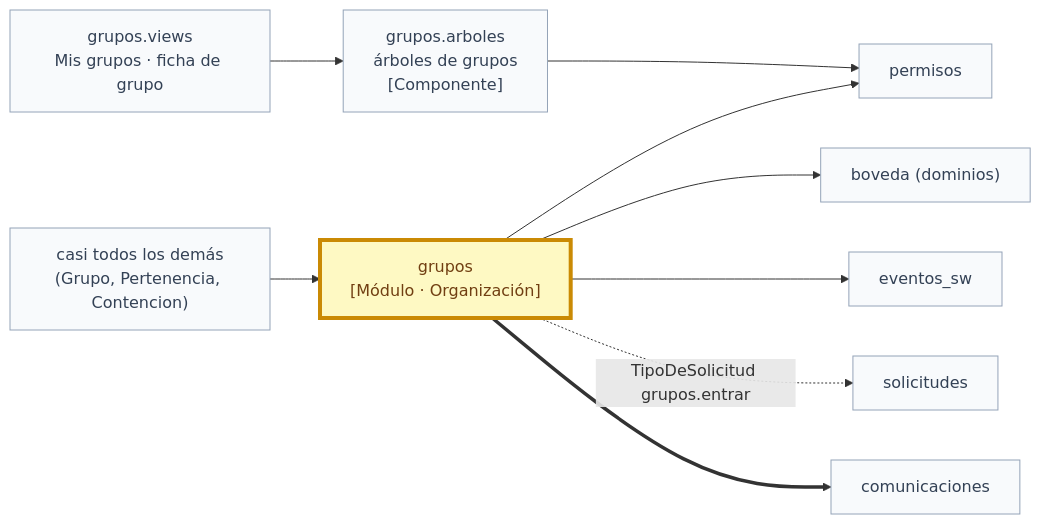
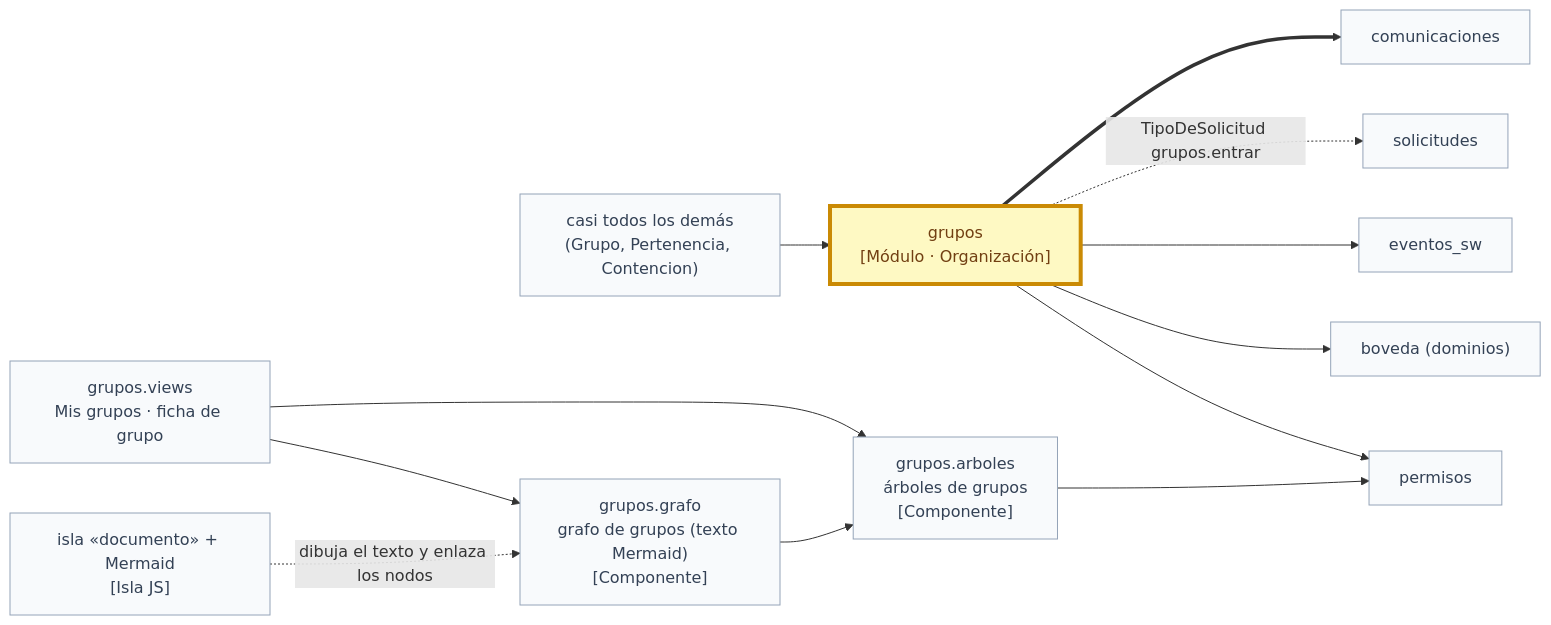
Diagram 11 of 34 in docs/arquitectura.md (chemabc/groupy), drawn with Mermaid before and after one commit. The commit also changed 14 other files, not shown here.

First line of the commit message:
Grafo de grupos: versión sencilla con Mermaid y nodos que se pulsan

````diff
--- a/docs/arquitectura.md
+++ b/docs/arquitectura.md
@@ -394,22 +394,27 @@
 ```mermaid
 flowchart LR
   classDef yo fill:#fef9c3,stroke:#ca8a04,stroke-width:4px,color:#713f12
   classDef otro fill:#f8fafc,stroke:#94a3b8,color:#334155
   gru["grupos<br/>[Módulo · Organización]"]:::yo
   per["permisos"]:::otro
   bov["boveda (dominios)"]:::otro
   esw["eventos_sw"]:::otro
   sol["solicitudes"]:::otro
   com["comunicaciones"]:::otro
   casi["casi todos los demás<br/>(Grupo, Pertenencia, Contencion)"]:::otro
   arb["grupos.arboles<br/>árboles de grupos<br/>[Componente]"]:::otro
+  graf["grupos.grafo<br/>grafo de grupos (texto Mermaid)<br/>[Componente]"]:::otro
+  doc["isla «documento» + Mermaid<br/>[Isla JS]"]:::otro
+  graf --> arb
+  vis --> graf
+  doc -. "dibuja el texto y enlaza los nodos" .-> graf
   vis["grupos.views<br/>Mis grupos · ficha de grupo"]:::otro
   vis --> arb
   arb --> per
   gru --> per
   gru --> bov
   gru --> esw
   gru -. "TipoDeSolicitud grupos.entrar" .-> sol
   gru ==> com
   casi --> gru
 ```
````
